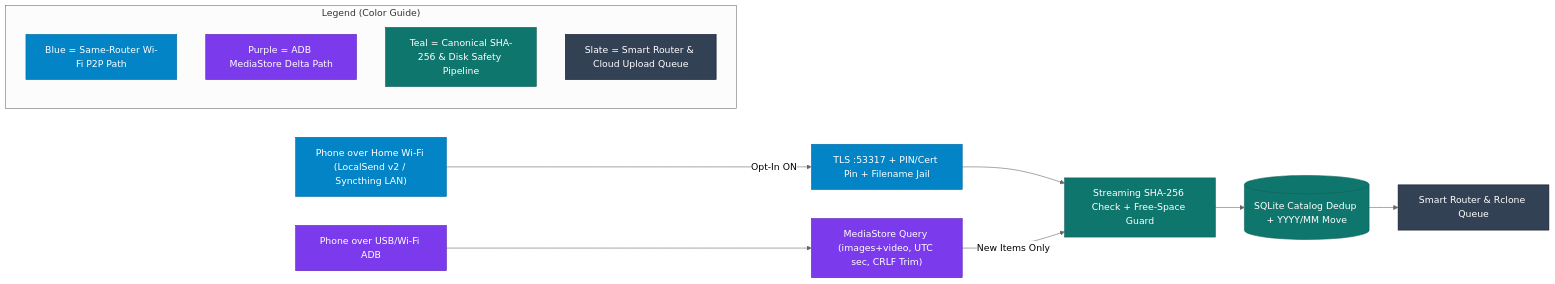
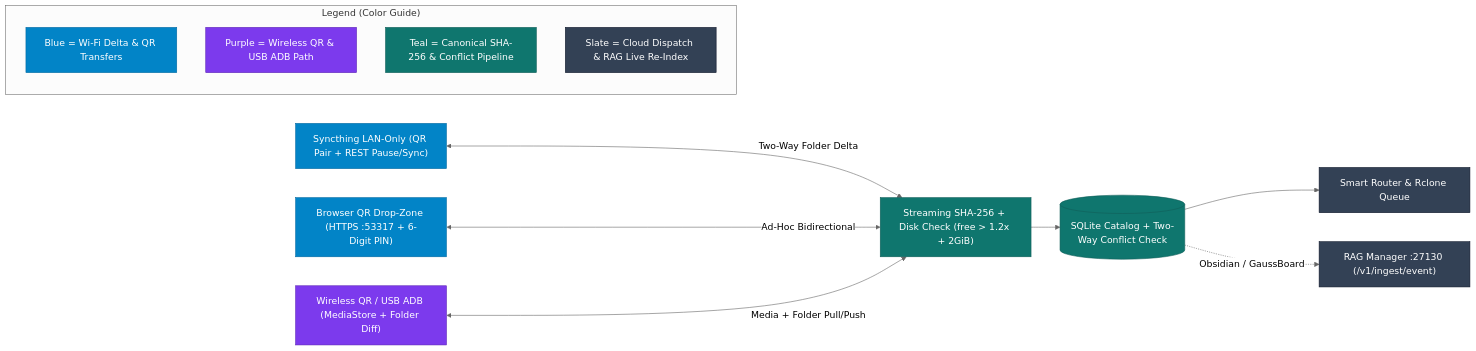
Before and after one commit to Mostakim2005/cloud-manager: the second of 3 diagrams in docs/ARCHITECTURE.md, drawn with Mermaid (neutral theme). The commit also changed other lines of this file and 4 other files, not shown here.

Commit message:
docs: lock Go+TS stack, Syncthing+ADB+QR sync, and v1 scope

````diff
--- a/docs/ARCHITECTURE.md
+++ b/docs/ARCHITECTURE.md
@@ -107,26 +115,28 @@
 ```mermaid
 flowchart LR
     classDef wifiNode fill:#0284c7,stroke:#0369a1,color:#ffffff
     classDef adbNode fill:#7c3aed,stroke:#5b21b6,color:#ffffff
     classDef pipeNode fill:#0f766e,stroke:#115e59,color:#ffffff
     classDef destNode fill:#334155,stroke:#0f172a,color:#ffffff
 
-    WIFI_SRC["Phone over Home Wi-Fi (LocalSend v2 / Syncthing LAN)"]:::wifiNode
-    TLS_GUARD["TLS :53317 + PIN/Cert Pin + Filename Jail"]:::wifiNode
-    ADB_SRC["Phone over USB/Wi-Fi ADB"]:::adbNode
-    ADB_QUERY["MediaStore Query (images+video, UTC sec, CRLF Trim)"]:::adbNode
-    SHA_PIPE["Streaming SHA-256 Check + Free-Space Guard"]:::pipeNode
-    SQL_DEDUP[("SQLite Catalog Dedup + YYYY/MM Move")]:::pipeNode
+    ST_SRC["Syncthing LAN-Only (QR Pair + REST Pause/Sync)"]:::wifiNode
+    QR_SRC["Browser QR Drop-Zone (HTTPS :53317 + 6-Digit PIN)"]:::wifiNode
+    ADB_SRC["Wireless QR / USB ADB (MediaStore + Folder Diff)"]:::adbNode
+    SHA_PIPE["Streaming SHA-256 + Disk Check (free > 1.2x + 2GiB)"]:::pipeNode
+    SQL_DEDUP[("SQLite Catalog + Two-Way Conflict Check")]:::pipeNode
     POOL_Q["Smart Router & Rclone Queue"]:::destNode
+    RAG_HOOK["RAG Manager :27130 (/v1/ingest/event)"]:::destNode
 
-    WIFI_SRC -->|Opt-In ON| TLS_GUARD --> SHA_PIPE
-    ADB_SRC --> ADB_QUERY -->|New Items Only| SHA_PIPE
+    ST_SRC <-->|Two-Way Folder Delta| SHA_PIPE
+    QR_SRC <-->|Ad-Hoc Bidirectional| SHA_PIPE
+    ADB_SRC <-->|Media + Folder Pull/Push| SHA_PIPE
     SHA_PIPE --> SQL_DEDUP --> POOL_Q
+    SQL_DEDUP -.->|Obsidian / GaussBoard| RAG_HOOK
 
     subgraph Legend["Legend (Color Guide)"]
-        LW["Blue = Same-Router Wi-Fi P2P Path"]:::wifiNode
-        LA["Purple = ADB MediaStore Delta Path"]:::adbNode
-        LP["Teal = Canonical SHA-256 & Disk Safety Pipeline"]:::pipeNode
-        LD["Slate = Smart Router & Cloud Upload Queue"]:::destNode
+        LW["Blue = Wi-Fi Delta & QR Transfers"]:::wifiNode
+        LA["Purple = Wireless QR & USB ADB Path"]:::adbNode
+        LP["Teal = Canonical SHA-256 & Conflict Pipeline"]:::pipeNode
+        LD["Slate = Cloud Dispatch & RAG Live Re-Index"]:::destNode
     end
 ```
````
